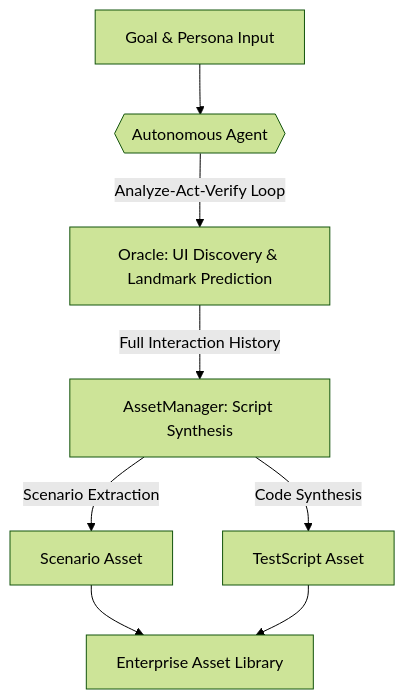
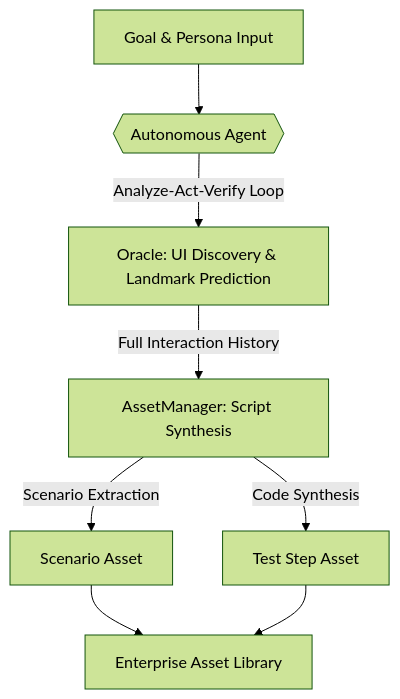
One commit to hyunju80/qone changed the second of 2 diagrams in docs/ai_llm_spec.md. Above: the diagram before and after it, drawn with Mermaid (forest theme). The commit also changed other lines of this file and 4 other files, not shown here.

````diff
--- a/docs/ai_llm_spec.md
+++ b/docs/ai_llm_spec.md
@@ -277,9 +393,9 @@
 ```mermaid
 graph TD
     I["Goal & Persona Input"] --> J{{"Autonomous Agent"}}
     J -- "Analyze-Act-Verify Loop" --> K["Oracle: UI Discovery & Landmark Prediction"]
     K -- "Full Interaction History" --> L["AssetManager: Script Synthesis"]
     L -- "Scenario Extraction" --> M["Scenario Asset"]
-    L -- "Code Synthesis" --> N["TestScript Asset"]
+    L -- "Code Synthesis" --> N["Test Step Asset"]
     M & N --> O["Enterprise Asset Library"]
 ```
````
